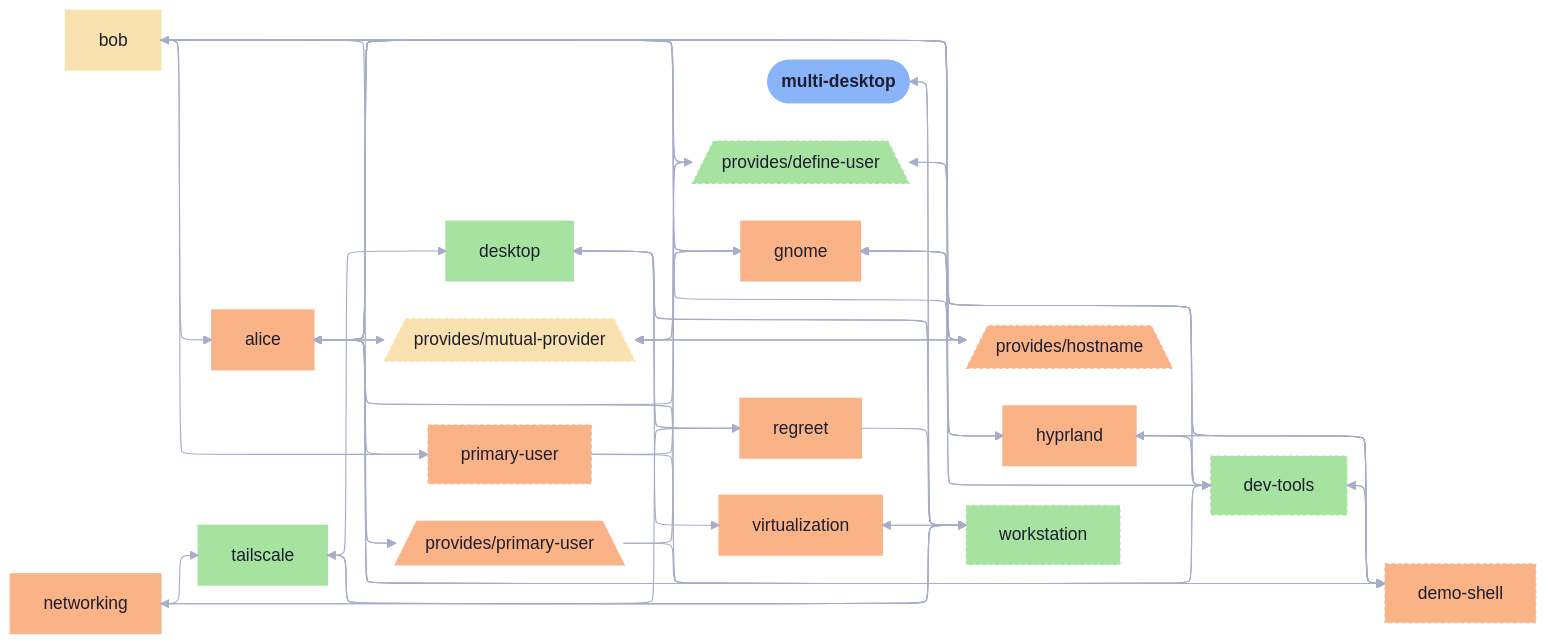
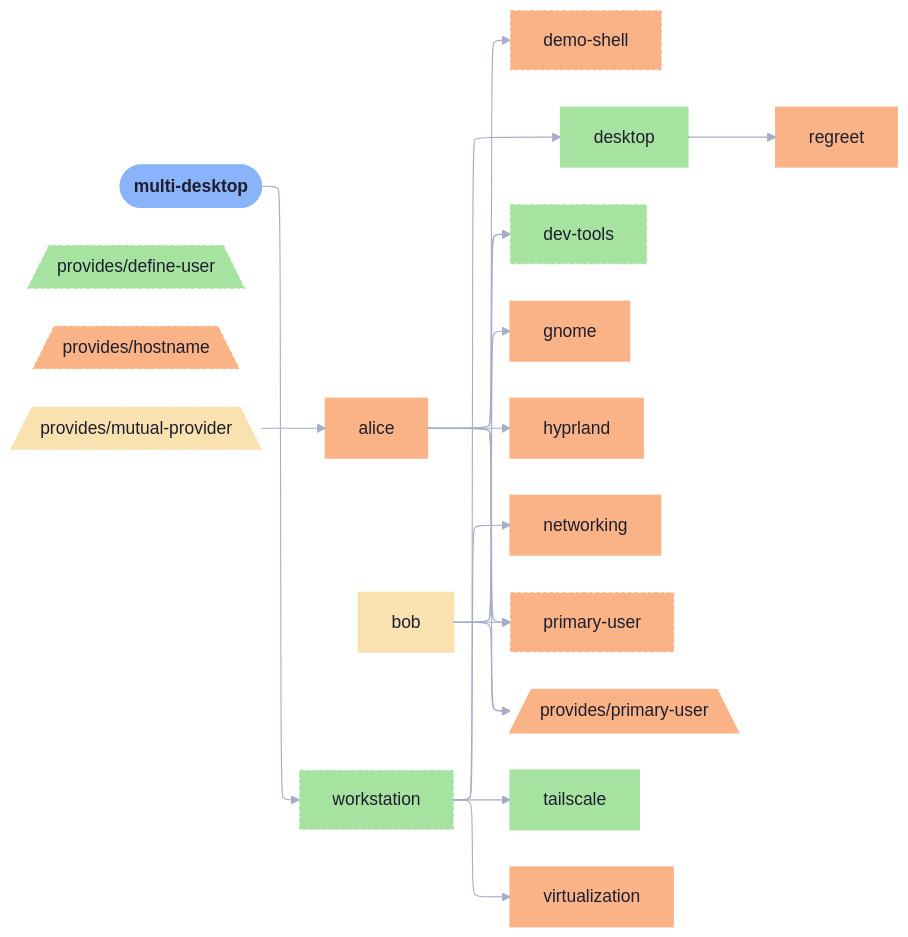
One commit to sini/den changed the diagram in templates/diag-fx-demo/diagrams/multi-desktop-simple.md. Above: the diagram before and after it, drawn with Mermaid. The commit also changed 849 other files, not shown here.

Commit message:
chore: update fx diagrams

```diff
--- a/templates/diag-fx-demo/diagrams/multi-desktop-simple.md
+++ b/templates/diag-fx-demo/diagrams/multi-desktop-simple.md
@@ -29,61 +29,14 @@
   alice --> hyprland
   alice --> primary_user
   alice --> den__provides__primary_user
-  alice --> gnome
-  alice --> den__provides__define_user
-  alice --> den__provides__hostname
-  alice --> den__provides__mutual_provider
   bob --> dev_tools
   bob --> gnome
   bob --> primary_user
   bob --> den__provides__primary_user
-  bob --> alice
-  bob --> demo_shell
-  bob --> hyprland
-  den__provides__mutual_provider --> den__provides__define_user
-  den__provides__mutual_provider --> den__provides__hostname
   den__provides__mutual_provider --> alice
-  den__provides__hostname --> den__provides__define_user
-  den__provides__define_user --> den__provides__hostname
-  den__provides__define_user --> den__provides__mutual_provider
-  den__provides__hostname --> den__provides__mutual_provider
-  den__provides__define_user --> alice
-  den__provides__hostname --> alice
-  demo_shell --> hyprland
-  demo_shell --> alice
-  demo_shell --> dev_tools
-  demo_shell --> gnome
-  den__provides__primary_user --> demo_shell
-  den__provides__primary_user --> gnome
-  desktop --> workstation
   desktop --> regreet
-  desktop --> virtualization
-  dev_tools --> bob
-  dev_tools --> alice
-  dev_tools --> demo_shell
-  dev_tools --> gnome
-  dev_tools --> hyprland
-  gnome --> dev_tools
-  gnome --> alice
-  gnome --> demo_shell
-  gnome --> hyprland
   multi_desktop --> workstation
-  networking --> workstation
-  regreet --> workstation
-  tailscale --> workstation
-  virtualization --> workstation
-  hyprland --> dev_tools
-  hyprland --> alice
-  hyprland --> demo_shell
-  hyprland --> gnome
-  networking --> tailscale
-  primary_user --> demo_shell
-  primary_user --> gnome
-  regreet --> desktop
-  tailscale --> desktop
-  tailscale --> regreet
   workstation --> desktop
-  workstation --> multi_desktop
   workstation --> networking
   workstation --> virtualization
   workstation --> tailscale
```
